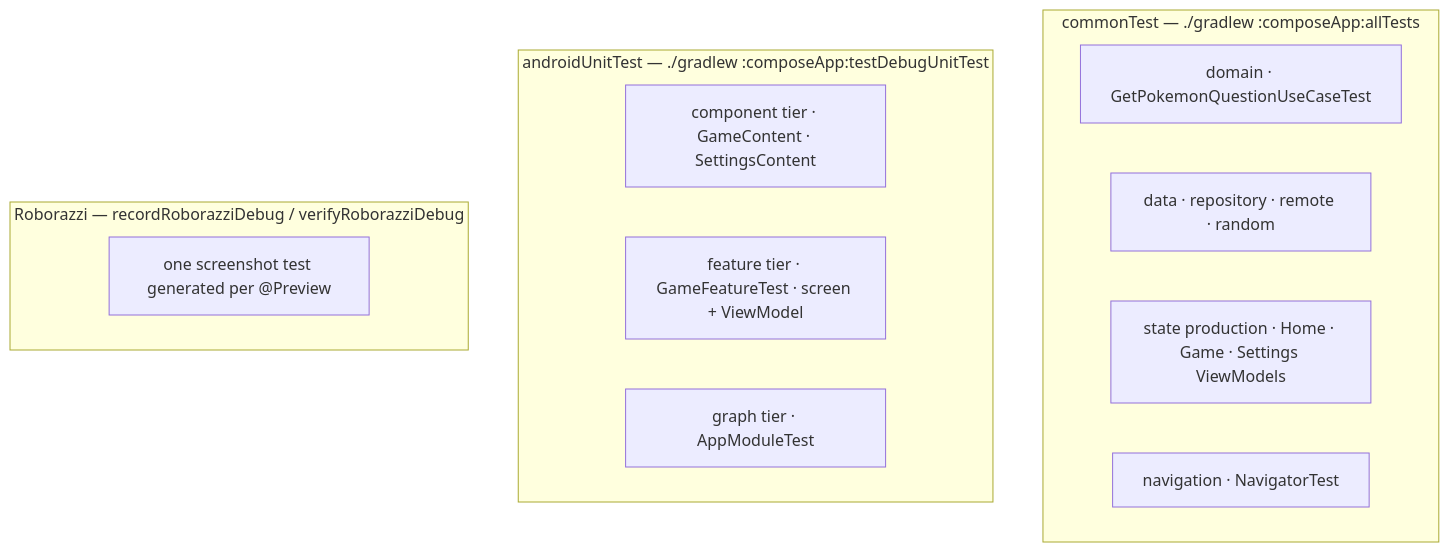
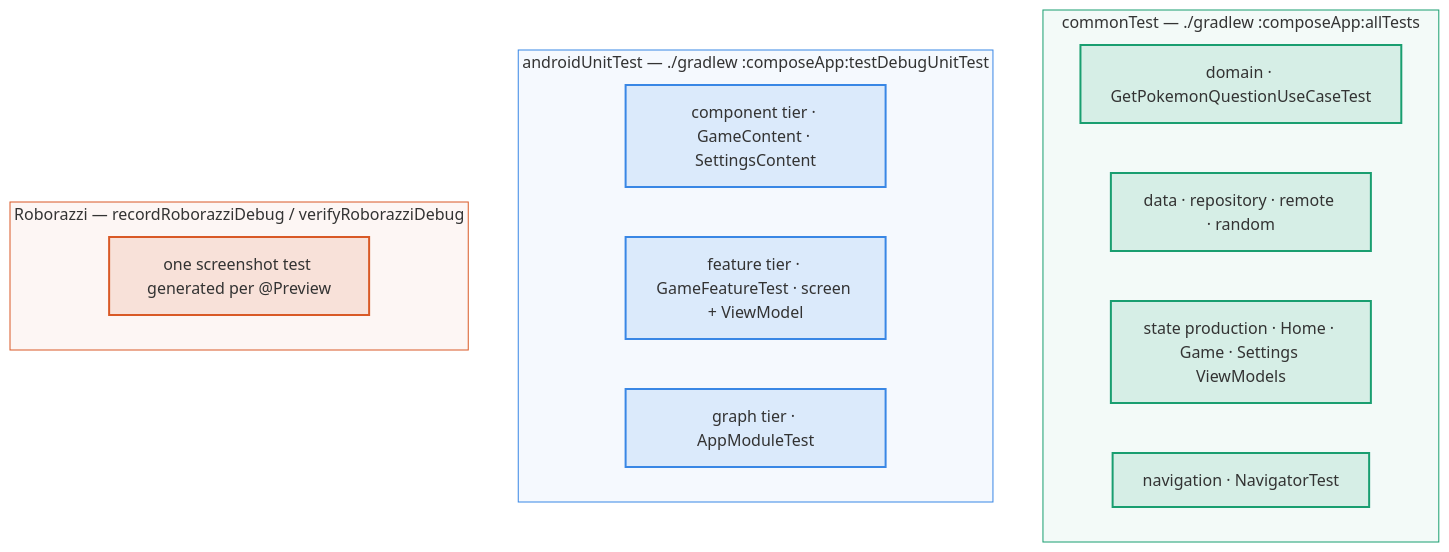
The seventh of 7 diagrams in docs/architecture.md (chrisjc29/PokeDexMulti), drawn with Mermaid before and after one commit. The commit also changed other lines of this file and 1 other file, not shown here.

First line of the commit message:
Colour-code the architecture diagrams

````diff
--- a/docs/architecture.md
+++ b/docs/architecture.md
@@ -160,17 +215,27 @@
 ```mermaid
 flowchart TB
     subgraph LOGIC["commonTest — ./gradlew :composeApp:allTests"]
         T1["domain · GetPokemonQuestionUseCaseTest"]
         T2["data · repository · remote · random"]
         T3["state production · Home · Game · Settings ViewModels"]
         T4["navigation · NavigatorTest"]
     end
     subgraph UITIER["androidUnitTest — ./gradlew :composeApp:testDebugUnitTest"]
         T5["component tier · GameContent · SettingsContent"]
         T6["feature tier · GameFeatureTest · screen + ViewModel"]
         T7["graph tier · AppModuleTest"]
     end
     subgraph SHOTS["Roborazzi — recordRoborazziDebug / verifyRoborazziDebug"]
         T8["one screenshot test generated per @Preview"]
     end
+
+    classDef logic fill:#199e7022,stroke:#199e70,stroke-width:2px
+    classDef ui fill:#3987e522,stroke:#3987e5,stroke-width:2px
+    classDef shot fill:#d9592622,stroke:#d95926,stroke-width:2px
+    class T1,T2,T3,T4 logic
+    class T5,T6,T7 ui
+    class T8 shot
+    style LOGIC fill:#199e700d,stroke:#199e70,stroke-width:1px
+    style UITIER fill:#3987e50d,stroke:#3987e5,stroke-width:1px
+    style SHOTS fill:#d959260d,stroke:#d95926,stroke-width:1px
 ```
````
